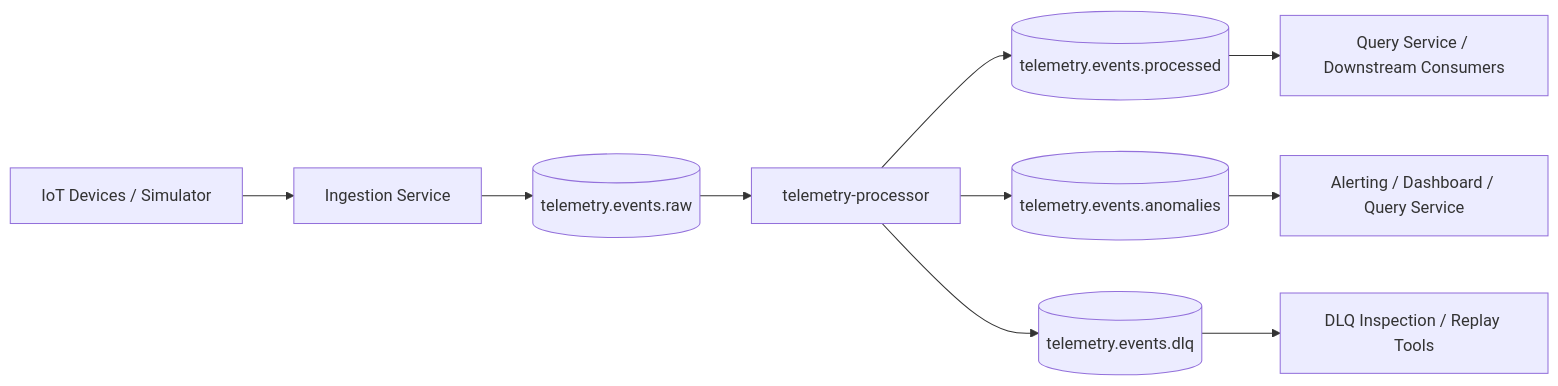
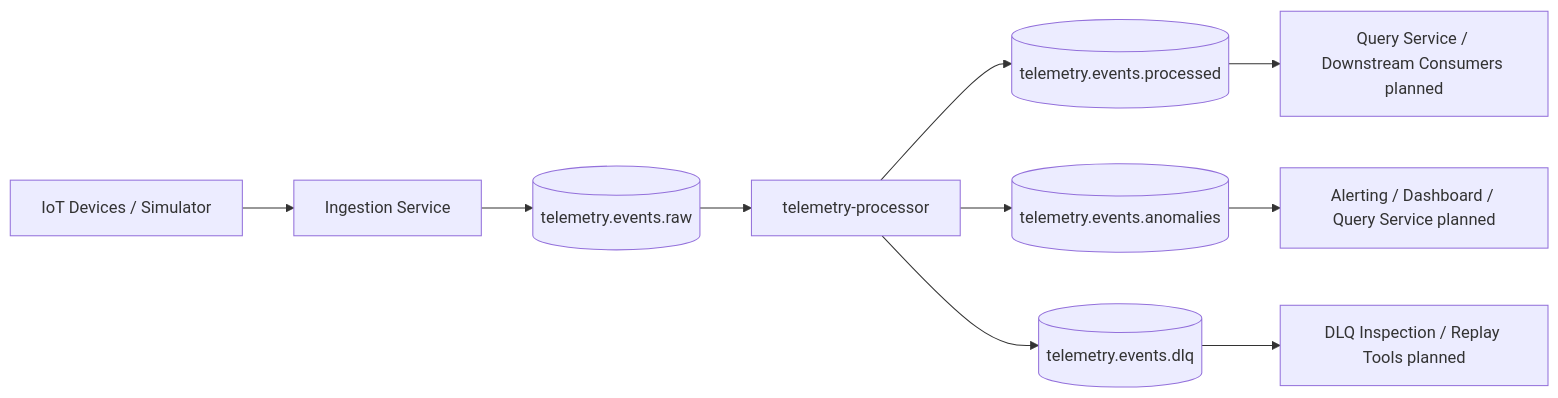
The diagram in docs/diagrams/kafka-topology.md (ME-Massine/pulsestream), drawn with Mermaid before and after one commit. The commit also changed other lines of this file and 15 other files, not shown here.

````diff
--- a/docs/diagrams/kafka-topology.md
+++ b/docs/diagrams/kafka-topology.md
@@ -5,15 +5,15 @@
 ```mermaid
 flowchart LR
     A[IoT Devices / Simulator] --> B[Ingestion Service]
     B --> T1[(telemetry.events.raw)]
 
     T1 --> C[telemetry-processor]
 
     C --> T2[(telemetry.events.processed)]
     C --> T3[(telemetry.events.anomalies)]
     C --> T4[(telemetry.events.dlq)]
 
-    T2 --> D[Query Service / Downstream Consumers]
-    T3 --> E[Alerting / Dashboard / Query Service]
-    T4 --> F[DLQ Inspection / Replay Tools]
+    T2 --> D[Query Service / Downstream Consumers planned]
+    T3 --> E[Alerting / Dashboard / Query Service planned]
+    T4 --> F[DLQ Inspection / Replay Tools planned]
 ```
````
